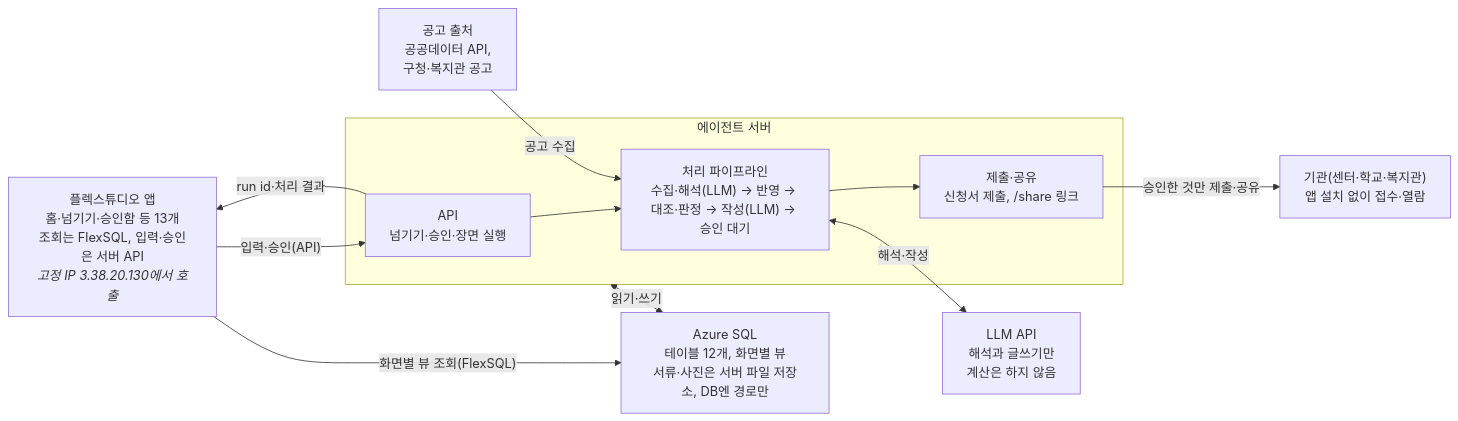
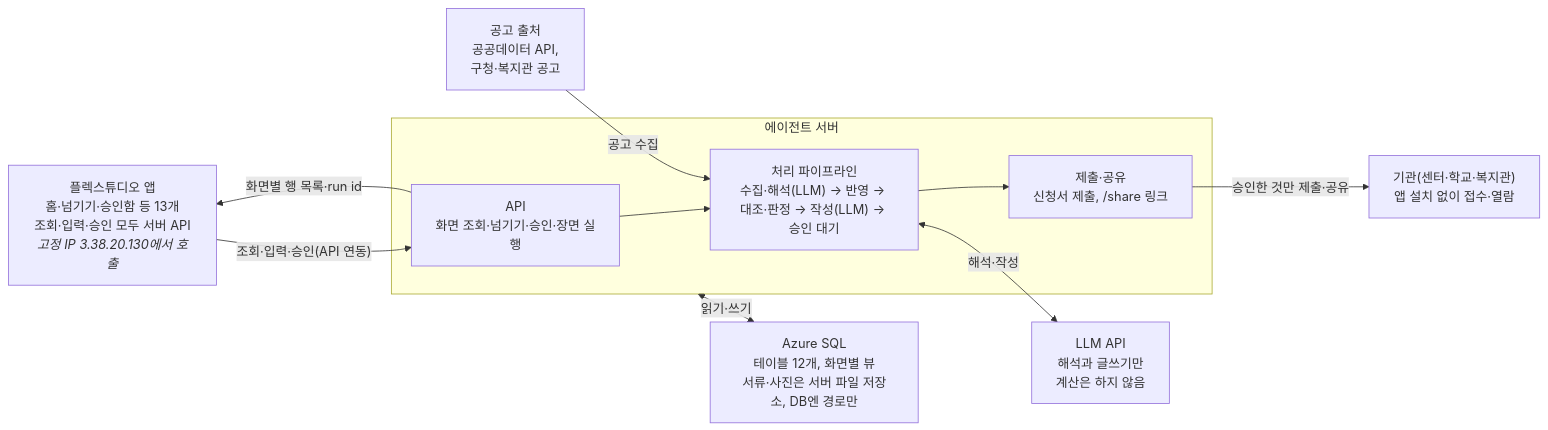
One commit to NiceTry3675/Individual-Resource-Planning-for-Kids changed the diagram in 이음-MVP-스펙.md. Above: the diagram before and after it, drawn with Mermaid. The commit also changed other lines of this file and 2 other files, not shown here.

Commit message:
docs: 시스템 구성 및 API 연동 방식 업데이트

````diff
--- a/이음-MVP-스펙.md
+++ b/이음-MVP-스펙.md
@@ -42,21 +42,20 @@
 ```mermaid
 flowchart LR
-    APP["플렉스튜디오 앱<br/>홈·넘기기·승인함 등 13개<br/>조회는 FlexSQL, 입력·승인은 서버 API<br/><i>고정 IP 3.38.20.130에서 호출</i>"]
+    APP["플렉스튜디오 앱<br/>홈·넘기기·승인함 등 13개<br/>조회·입력·승인 모두 서버 API<br/><i>고정 IP 3.38.20.130에서 호출</i>"]
     subgraph SERVER["에이전트 서버"]
-        GW["API<br/>넘기기·승인·장면 실행"]
+        GW["API<br/>화면 조회·넘기기·승인·장면 실행"]
         PIPE["처리 파이프라인<br/>수집·해석(LLM) → 반영 → 대조·판정 → 작성(LLM) → 승인 대기"]
         OUT["제출·공유<br/>신청서 제출, /share 링크"]
         GW --> PIPE --> OUT
     end
     SRC["공고 출처<br/>공공데이터 API,<br/>구청·복지관 공고"]
     LLM["LLM API<br/>해석과 글쓰기만<br/>계산은 하지 않음"]
     DB["Azure SQL<br/>테이블 12개, 화면별 뷰<br/>서류·사진은 서버 파일 저장소, DB엔 경로만"]
     ORG["기관(센터·학교·복지관)<br/>앱 설치 없이 접수·열람"]
-    APP -- "입력·승인(API)" --> GW
-    GW -- "run id·처리 결과" --> APP
-    APP -- "화면별 뷰 조회(FlexSQL)" --> DB
+    APP -- "조회·입력·승인(API 연동)" --> GW
+    GW -- "화면별 행 목록·run id" --> APP
     SRC -- "공고 수집" --> PIPE
     PIPE <-- "해석·작성" --> LLM
     SERVER <-- "읽기·쓰기" --> DB
     OUT -- "승인한 것만 제출·공유" --> ORG
 ```
````
